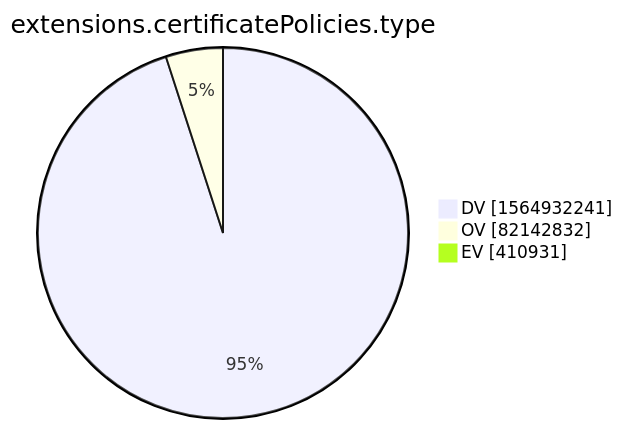
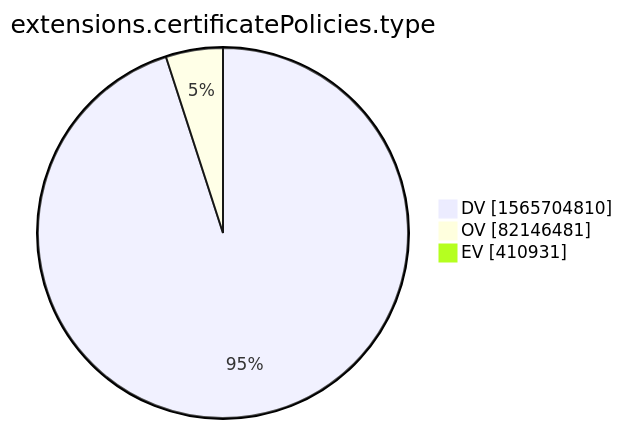
Before and after one commit to christiankrug/ctmonitor_visualization: the tenth of 15 diagrams in xenon2022/README.md, drawn with Mermaid. The commit also changed other lines of this file, not shown here.

````diff
--- a/xenon2022/README.md
+++ b/xenon2022/README.md
@@ -2876,7 +2876,7 @@
 ```mermaid
 pie showData
 title extensions.certificatePolicies.type
-"DV" :1564932241
-"OV" :82142832
+"DV" :1565704810
+"OV" :82146481
 "EV" :410931
 ```
````
